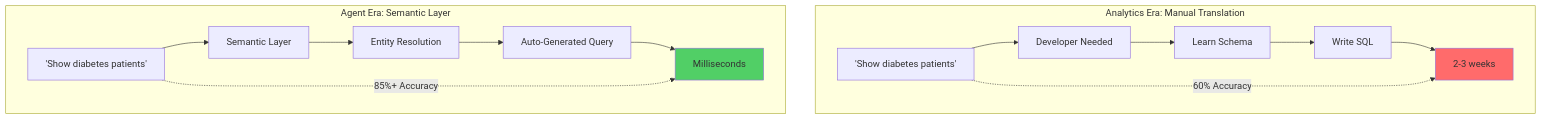
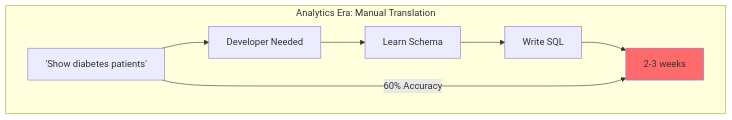
The fourth of 9 diagrams in chapter-00/chapter_00_complete.md (colaberry/enterprise-data-readiness-ai-agents), drawn with Mermaid before and after one commit. The commit also changed 2 other files, not shown here.

Commit message:
Analytics Era Manual Translation vs. Agent Era Semantic Understanding
Analytics Era Manual Translation vs. Agent Era Semantic Understanding

````diff
--- a/chapter-00/chapter_00_complete.md
+++ b/chapter-00/chapter_00_complete.md
@@ -302,21 +303,11 @@
 ```mermaid
 graph TB
     subgraph "Analytics Era: Manual Translation"
         A1["'Show diabetes patients'"] --> A2[Developer Needed]
         A2 --> A3[Learn Schema]
         A3 --> A4[Write SQL]
         A4 --> A5[2-3 weeks]
         style A5 fill:#ff6b6b
     end
-    
-    subgraph "Agent Era: Semantic Layer"
-        B1["'Show diabetes patients'"] --> B2[Semantic Layer]
-        B2 --> B3[Entity Resolution]
-        B3 --> B4[Auto-Generated Query]
-        B4 --> B5[Milliseconds]
-        style B5 fill:#51cf66
-    end
-    
-    A1 -.->|60% Accuracy| A5
-    B1 -.->|85%+ Accuracy| B5
+    A1 -->|60% Accuracy| A5
 ```
````
